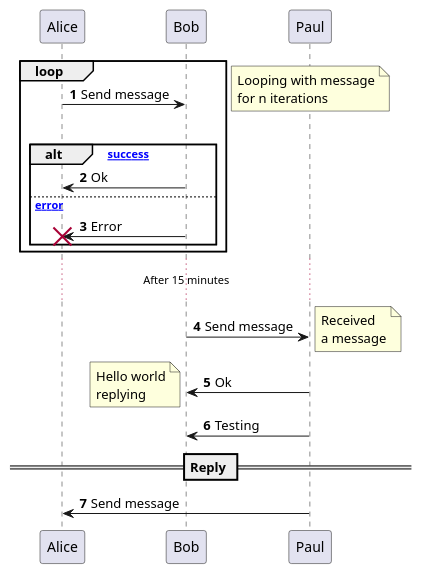
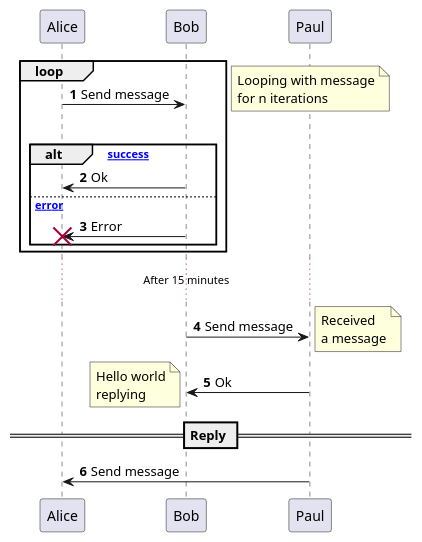
One commit to codersparks-old/wiki-plantuml-test changed the diagram in src/example-sequence.puml. Above: the diagram before and after it, drawn with PlantUML.

Commit message:
Removed line from sequence diagram

```diff
--- a/src/example-sequence.puml
+++ b/src/example-sequence.puml
@@ -1,36 +1,35 @@
 @startuml
 autonumber
 
 
 loop
   Alice -> Bob      : Send message
   |||
   alt [success]
     Alice <- Bob    : Ok
   else [error]
     Alice <- Bob    : Error
     destroy Alice
   end
 end
 note right
   Looping with message
   for n iterations
 end note
 
 ... After 15 minutes ...
 
 Bob -> Paul       : Send message
 note right
   Received
   a message
 end note
 Bob <- Paul       : Ok
 note left
   Hello world
   replying
 end note
-Paul -> Bob       : Testing
 == Reply ==
 
 Paul -> Alice     : Send message
 @enduml
```
